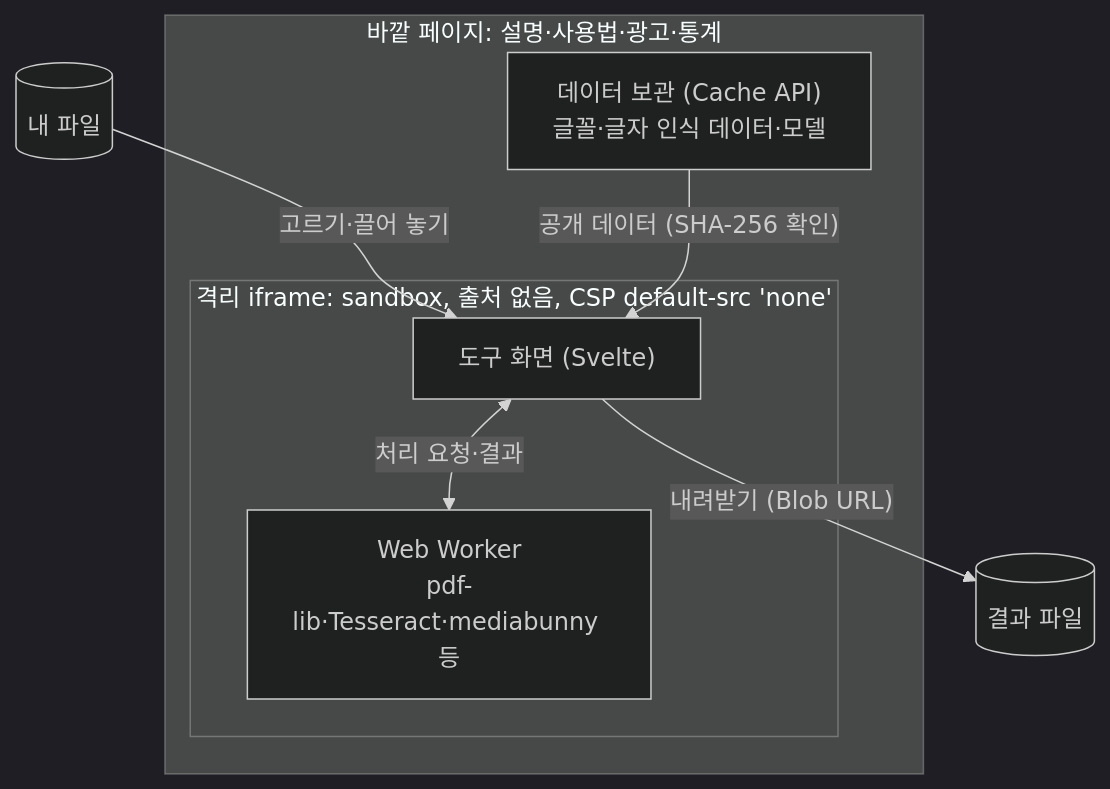
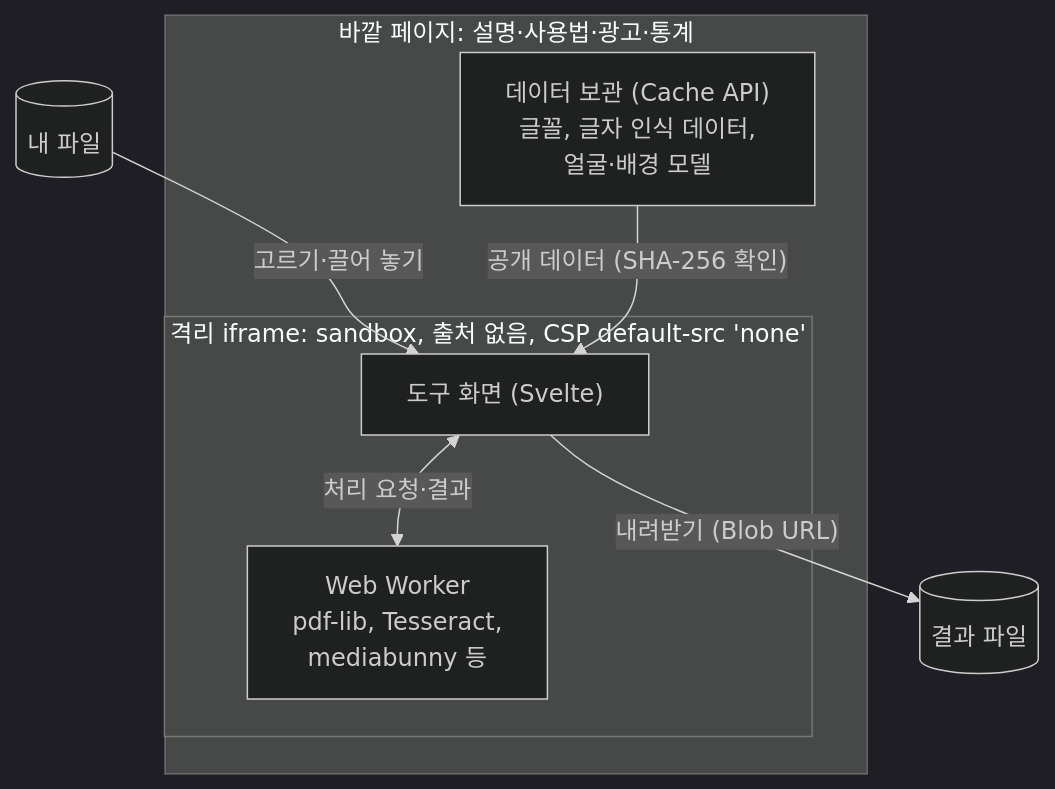
Before and after one commit to newbission/justusing: the diagram in README.md, drawn with Mermaid (dark theme). The commit also changed 1 other file, not shown here.

Commit message:
docs: README 구조 그림 글자 줄바꿈 수정
그림 상자 안의 긴 이름이 'pdf-'에서 끊겨 읽기 어려웠다.

````diff
--- a/README.md
+++ b/README.md
@@ -165,16 +165,16 @@
 ```mermaid
 flowchart TB
   file[("내 파일")]
   subgraph outer["바깥 페이지: 설명·사용법·광고·통계"]
-    store["데이터 보관 (Cache API)<br/>글꼴·글자 인식 데이터·모델"]
+    store["데이터 보관 (Cache API)<br/>글꼴, 글자 인식 데이터,<br/>얼굴·배경 모델"]
     subgraph frame["격리 iframe: sandbox, 출처 없음, CSP default-src 'none'"]
       app["도구 화면 (Svelte)"]
-      worker["Web Worker<br/>pdf-lib·Tesseract·mediabunny 등"]
+      worker["Web Worker<br/>pdf-lib, Tesseract,<br/>mediabunny 등"]
     end
   end
   out[("결과 파일")]
   file -- "고르기·끌어 놓기" --> app
   app <-- "처리 요청·결과" --> worker
   store -- "공개 데이터 (SHA-256 확인)" --> app
   app -- "내려받기 (Blob URL)" --> out
 ```
````
